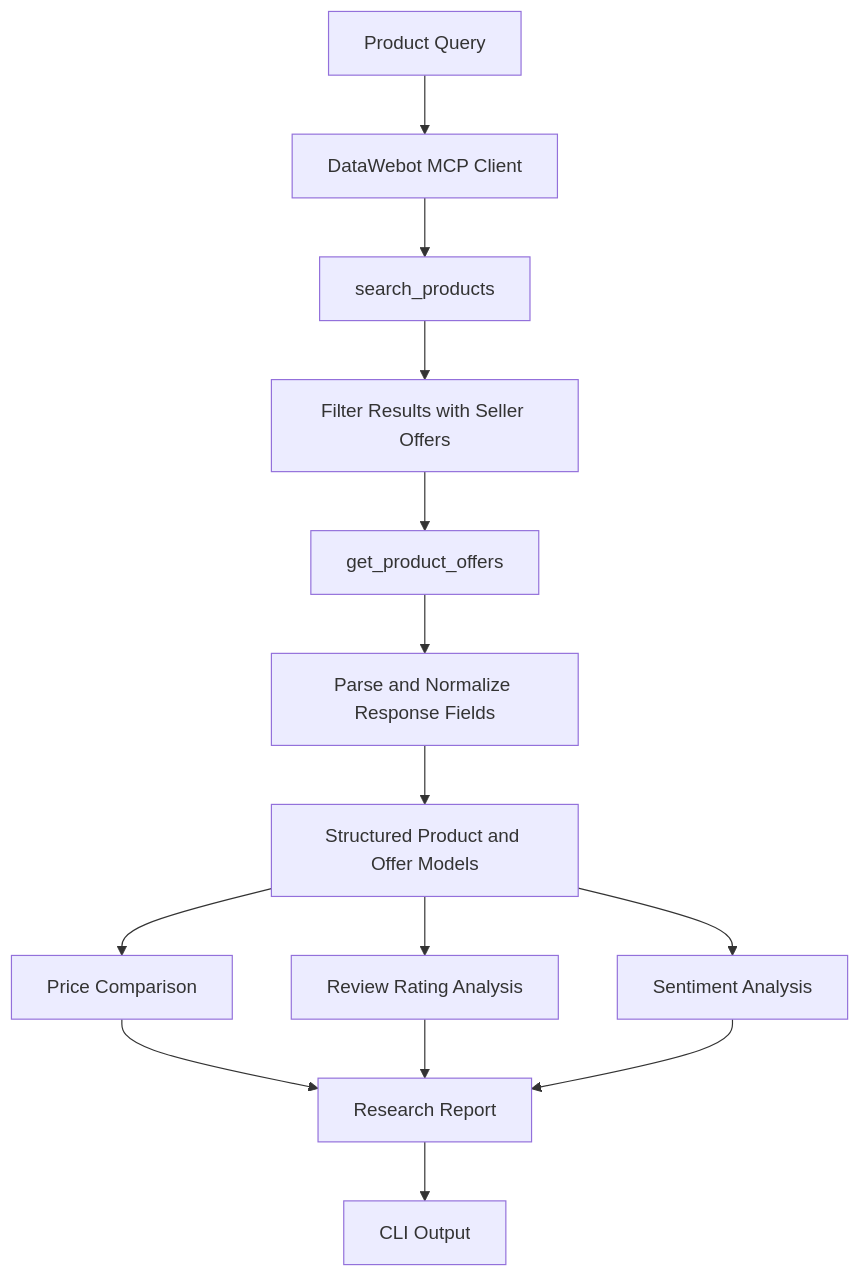
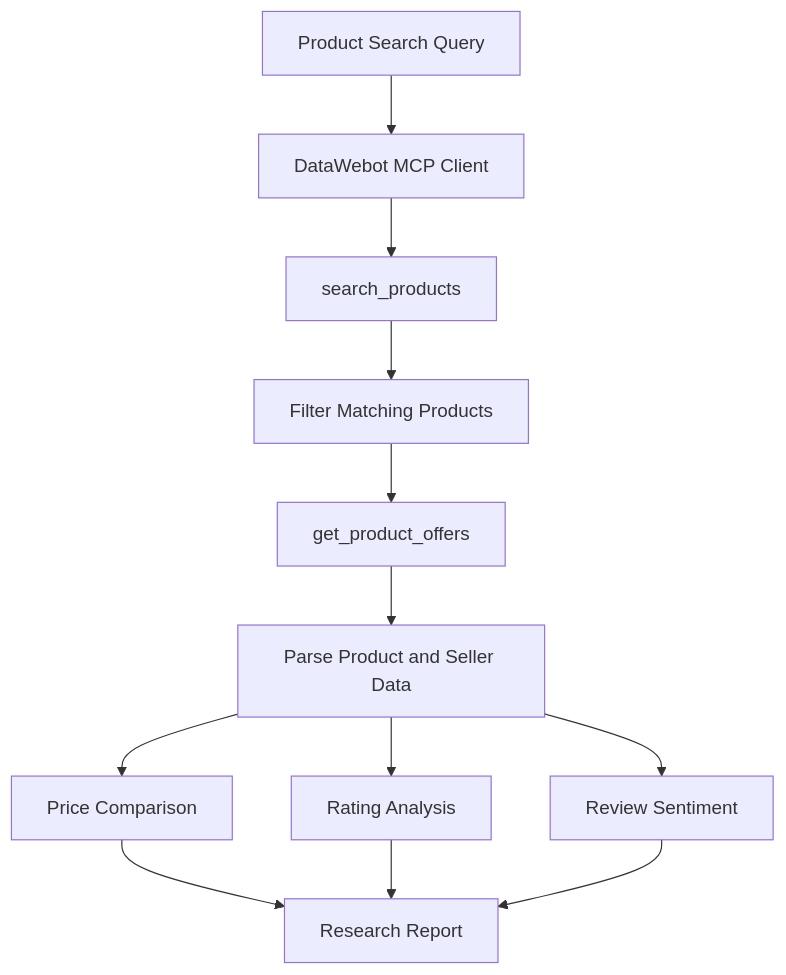
Before and after one commit to 0DevDutt0/Price: the diagram in README.md, drawn with Mermaid. The commit also changed other lines of this file, not shown here.

````diff
--- a/README.md
+++ b/README.md
@@ -37,16 +35,14 @@
 ```mermaid
 flowchart TD
-    A["Product Query"] --> B["DataWebot MCP Client"]
+    A["Product Search Query"] --> B["DataWebot MCP Client"]
     B --> C["search_products"]
-    C --> D["Filter Results with Seller Offers"]
+    C --> D["Filter Matching Products"]
     D --> E["get_product_offers"]
-    E --> F["Parse and Normalize Response Fields"]
-    F --> G["Structured Product and Offer Models"]
-    G --> H["Price Comparison"]
-    G --> I["Review Rating Analysis"]
-    G --> J["Sentiment Analysis"]
-    H --> K["Research Report"]
-    I --> K
-    J --> K
-    K --> L["CLI Output"]
+    E --> F["Parse Product and Seller Data"]
+    F --> G["Price Comparison"]
+    F --> H["Rating Analysis"]
+    F --> I["Review Sentiment"]
+    G --> J["Research Report"]
+    H --> J
+    I --> J
 ```
````
